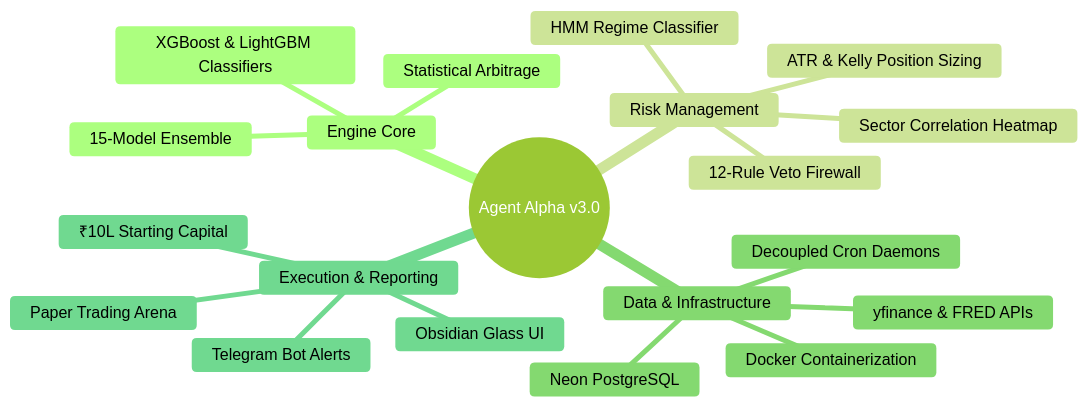
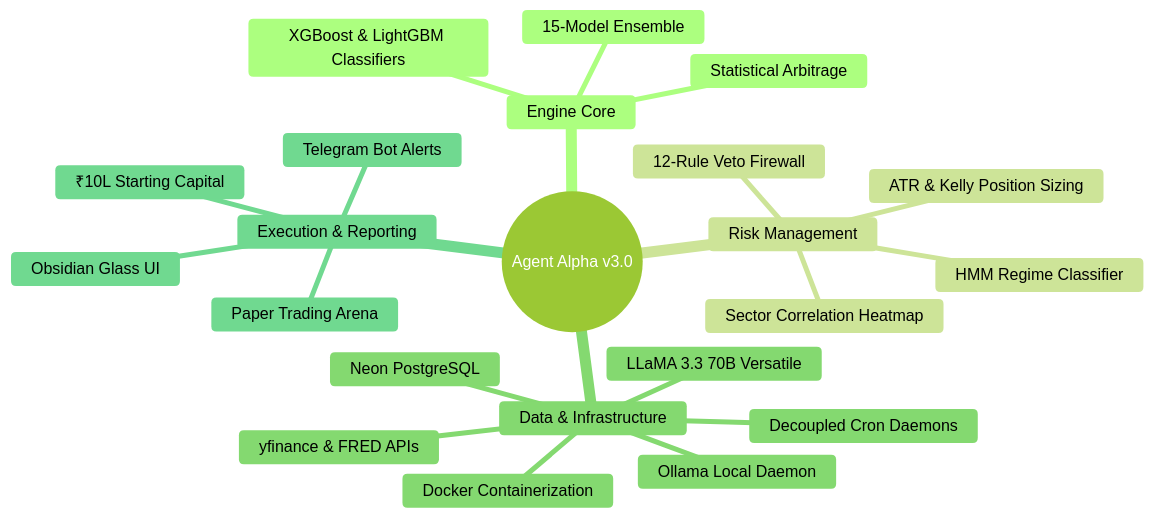
Before and after one commit to SaiSiddharthBS/MarketAnalyser: the first of 4 diagrams in README.md, drawn with Mermaid (forest theme). The commit also changed other lines of this file, not shown here.

Commit message:
docs: Embed Ollama LLaMA 3.3 70B into architecture diagrams

````diff
--- a/README.md
+++ b/README.md
@@ -67,23 +67,25 @@
 ```mermaid
 mindmap
   root((Agent Alpha v3.0))
     Engine Core
       15-Model Ensemble
       XGBoost & LightGBM Classifiers
       Statistical Arbitrage
     Risk Management
       HMM Regime Classifier
       12-Rule Veto Firewall
       Sector Correlation Heatmap
       ATR & Kelly Position Sizing
     Data & Infrastructure
+      Ollama Local Daemon
+      LLaMA 3.3 70B Versatile
       yfinance & FRED APIs
       Neon PostgreSQL
       Docker Containerization
       Decoupled Cron Daemons
     Execution & Reporting
       Paper Trading Arena
       ₹10L Starting Capital
       Telegram Bot Alerts
       Obsidian Glass UI
 ```
````
